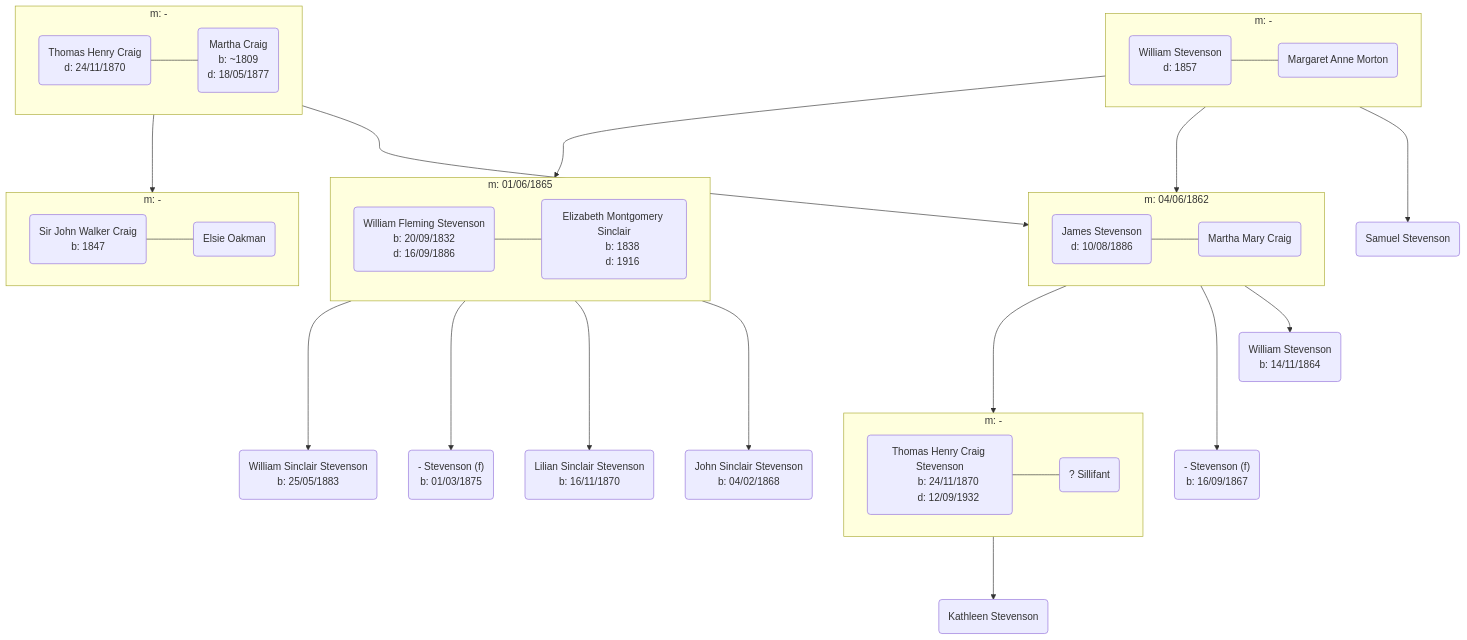
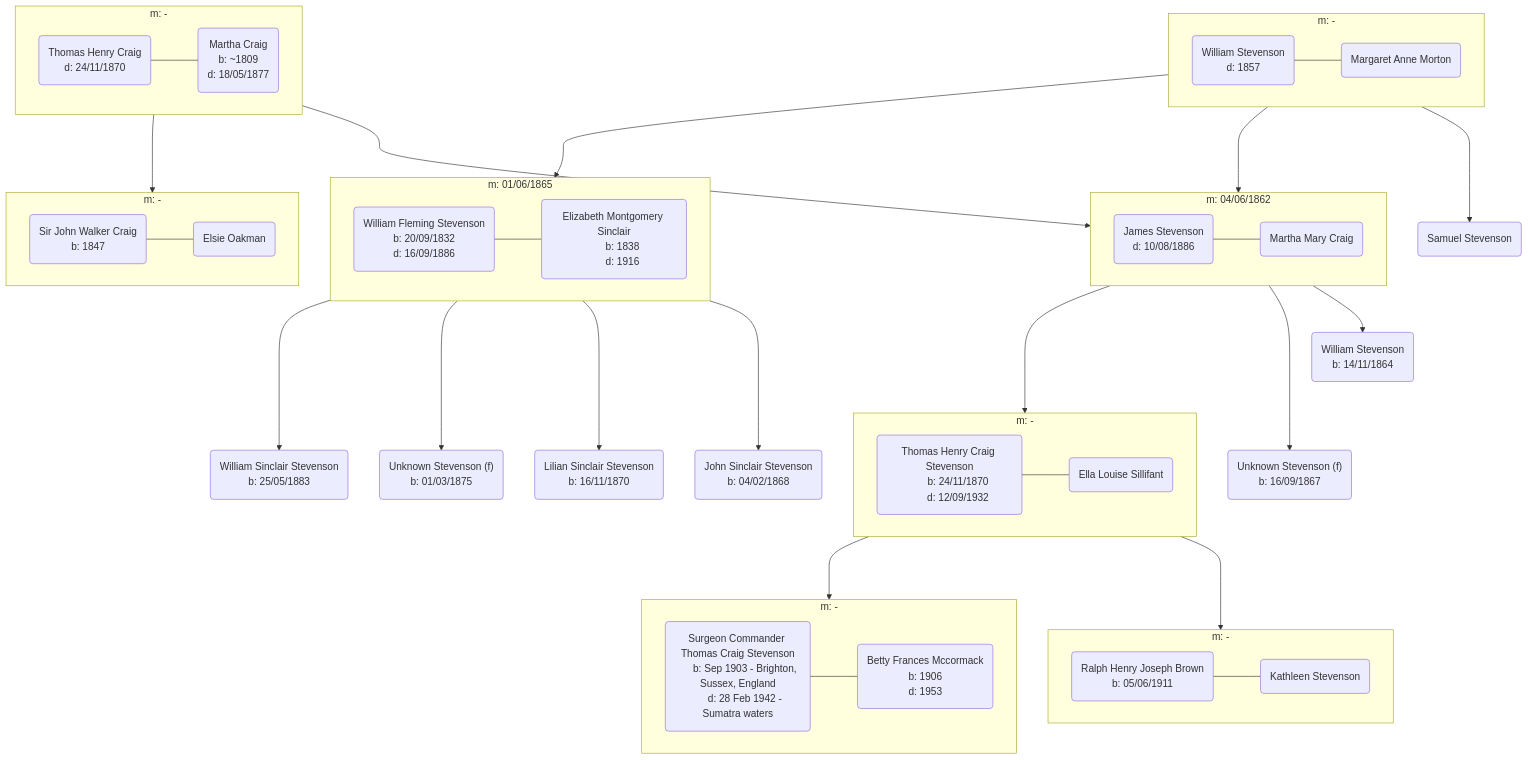
The diagram in Kathleen-Stevenson/kathleen-stevenson.md (a1ecbr0wn/ancestry), drawn with Mermaid before and after one commit. The commit also changed other lines of this file and 4 other files, not shown here.

````diff
--- a/Kathleen-Stevenson/kathleen-stevenson.md
+++ b/Kathleen-Stevenson/kathleen-stevenson.md
@@ -32,7 +32,7 @@
     lss("Lilian Sinclair Stevenson
       b: 16/11/1870")
     wfsem --->lss
-    uss("- Stevenson (f)
+    uss("Unknown Stevenson (f)
       b: 01/03/1875")
     wfsem --->uss
     wss("William Sinclair Stevenson
@@ -71,18 +71,39 @@
     ws3("William Stevenson
       b: 14/11/1864")
     jsmc -->ws3
-    fs("- Stevenson (f)
+    fs("Unknown Stevenson (f)
       b: 16/09/1867")
     jsmc --->fs
     thcs("Thomas Henry Craig Stevenson
       b: 24/11/1870
       d: 12/09/1932")
-    s("? Sillifant")
+    els("Ella Louise Sillifant")
     jsmc --->thcs
-    subgraph thcss["m: -"]
+    subgraph thcsels["m: -"]
         direction LR
-        thcs ---s
+        thcs ---els
     end
+
+    tcs("Surgeon Commander Thomas Craig Stevenson
+      b: Sep 1903 - Brighton, Sussex, England
+      d: 28 Feb 1942 - Sumatra waters")
+    thcsels --->tcs
+    bfm("Betty Frances Mccormack
+      b: 1906
+      d: 1953")
+    subgraph tcsbfm["m: -"]
+        direction LR
+        tcs ---bfm
+    end
+  
     ks("Kathleen Stevenson")
-    thcss --->ks
+    thcsels --->ks
+    rhjb("Ralph Henry Joseph Brown
+      b: 05/06/1911")
+    subgraph ksrhjb["m: -"]
+        direction LR
+        rhjb ---ks
+    end
+
+
 ```
````
